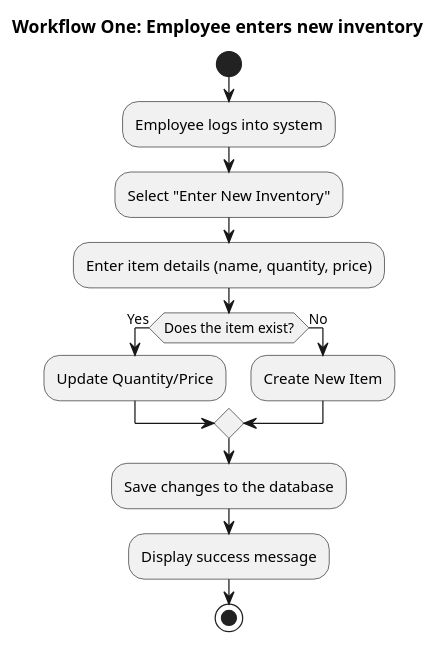
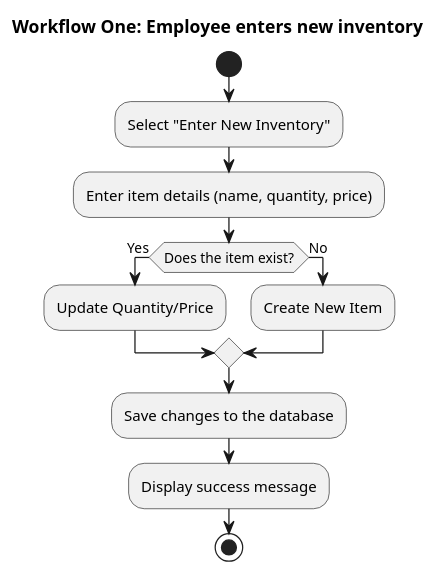
The diagram in Design/WorkflowOne_AD.puml (JSmith1140/SmithPalmer_DatabasesProblemSetSix), drawn with PlantUML before and after one commit.

```diff
--- a/Design/WorkflowOne_AD.puml
+++ b/Design/WorkflowOne_AD.puml
@@ -1,22 +1,20 @@
 @startuml Workflow One Activity Diagram
 title Workflow One: Employee enters new inventory
 
 start 
-
-:Employee logs into system;
 
 :Select "Enter New Inventory";
 
 :Enter item details (name, quantity, price);
 if(Does the item exist?) then (Yes)
     :Update Quantity/Price;
 else (No)
     :Create New Item;
 endif
 
 :Save changes to the database;
 
 :Display success message;
 
 stop
 @enduml
```
